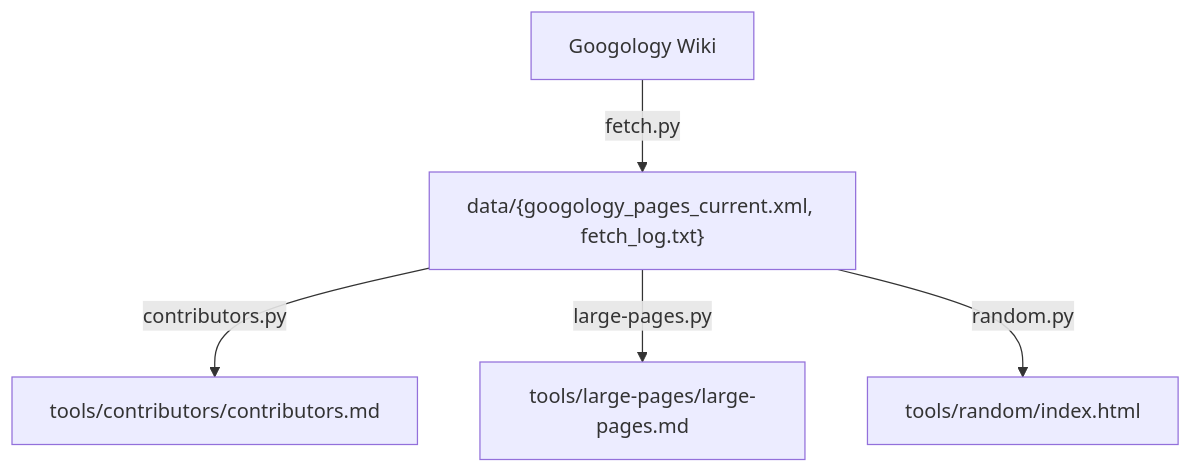
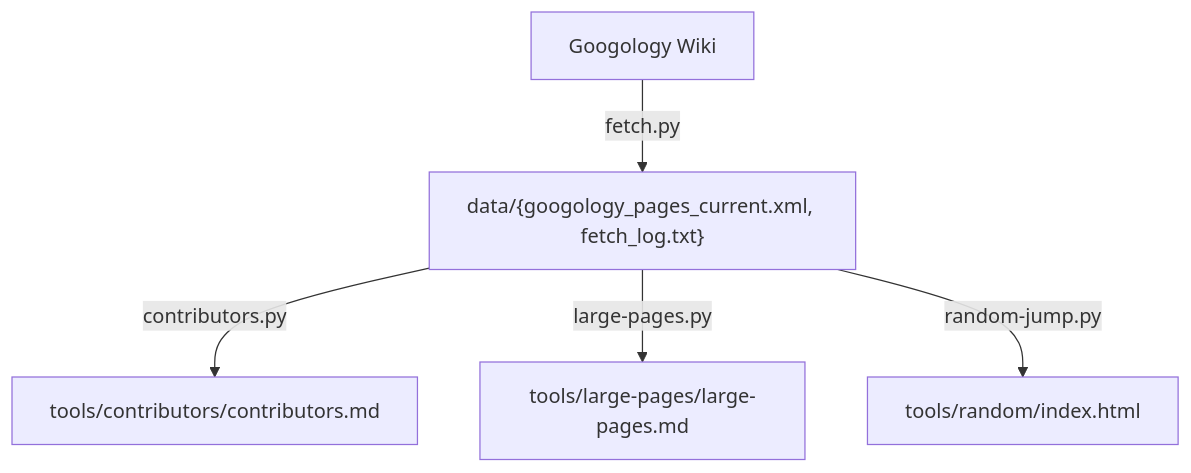
Before and after one commit to koteitan/googolbook-lm: the diagram in README.md, drawn with Mermaid. The commit also changed 2 other files, not shown here.

Commit message:
Fix random page selector exclusions and rename script
- Remove excessive User blog and User namespace exclusions from exclude.md
- Rename random.py to random-jump.py to avoid Python module conflicts
- Update documentation references to use new script name
- Maintain proper exclusions for User talk, User blog comment, File, Template, and FANDOM pages

🤖 Generated with [Claude Code](https://claude.ai/code)

````diff
--- a/README.md
+++ b/README.md
@@ -13,7 +13,7 @@
 ```mermaid
 graph TD
     A[Googology Wiki] -->|fetch.py| B["data/{googology_pages_current.xml, fetch_log.txt}"]
     B -->|contributors.py| C[tools/contributors/contributors.md]
     B -->|large-pages.py| D[tools/large-pages/large-pages.md]
-    B -->|random.py| E[tools/random/index.html]
+    B -->|random-jump.py| E[tools/random/index.html]
 ```
````
